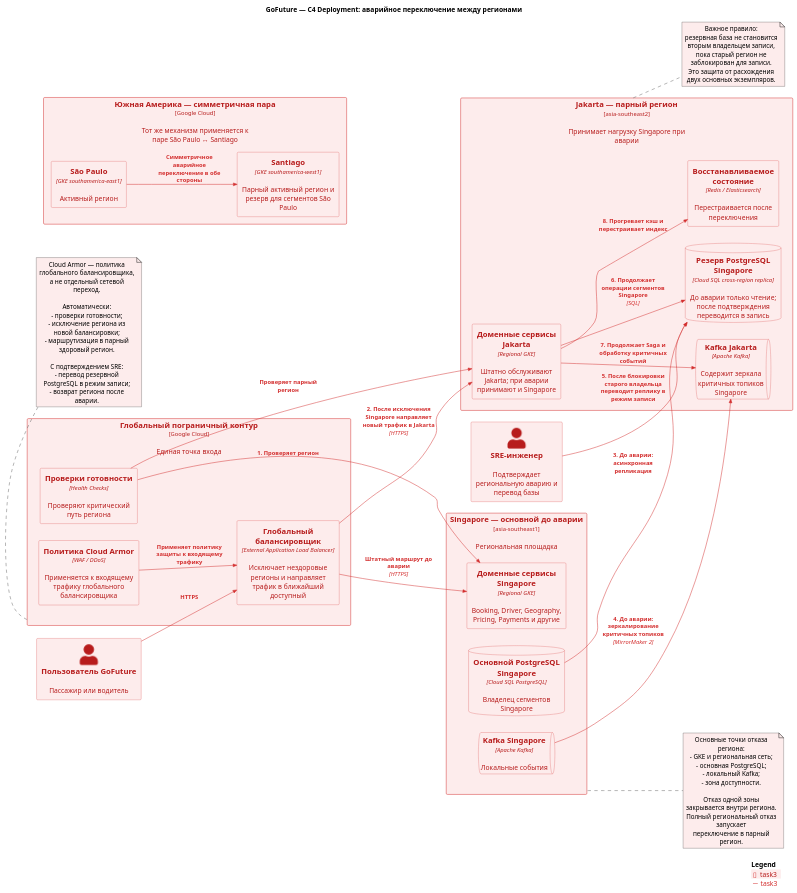
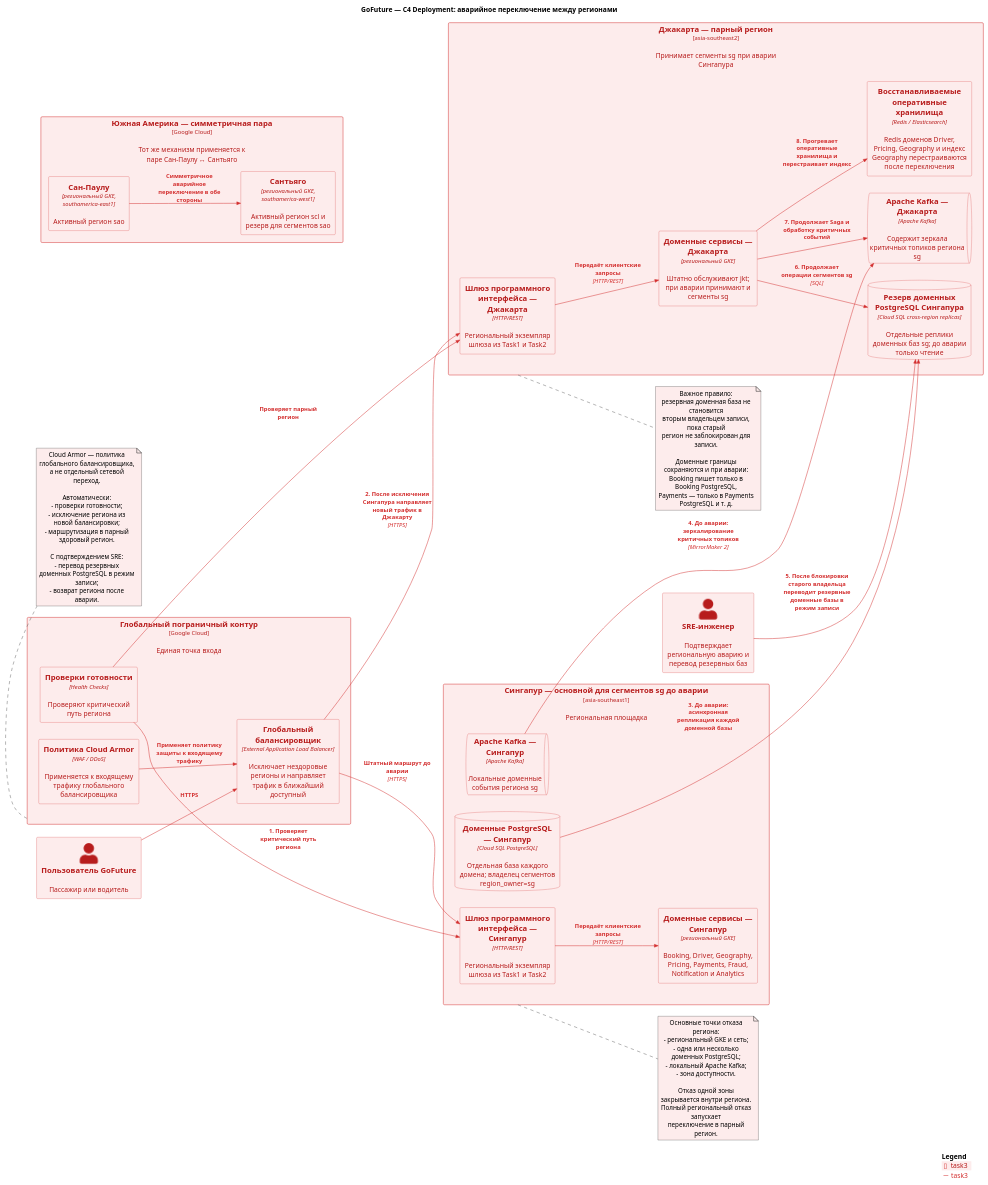
Before and after one commit to FFinn/MSA-GoFuture-v1: the diagram in Task3/failover.puml, drawn with PlantUML.

Commit message:
Task3: согласовать аварийное переключение с общей архитектурой

```diff
--- a/Task3/failover.puml
+++ b/Task3/failover.puml
@@ -1,88 +1,96 @@
 @startuml GoFuture_Failover_Task3
 !include https://raw.githubusercontent.com/plantuml-stdlib/C4-PlantUML/master/C4_Deployment.puml
 
 LAYOUT_LEFT_RIGHT()
 
 title GoFuture — C4 Deployment: аварийное переключение между регионами
 
 AddElementTag("task3", $bgColor="#FDECEC", $fontColor="#B71C1C", $borderColor="#D32F2F")
 AddRelTag("task3", $textColor="#D32F2F", $lineColor="#D32F2F")
 
 Person(user, "Пользователь GoFuture", "Пассажир или водитель", $tags="task3")
-Person(sre, "SRE-инженер", "Подтверждает региональную аварию и перевод базы", $tags="task3")
+Person(sre, "SRE-инженер", "Подтверждает региональную аварию и перевод резервных баз", $tags="task3")
 
 Deployment_Node(edge, "Глобальный пограничный контур", "Google Cloud", "Единая точка входа", $tags="task3") {
     Container(waf, "Политика Cloud Armor", "WAF / DDoS", "Применяется к входящему трафику глобального балансировщика", $tags="task3")
     Container(lb, "Глобальный балансировщик", "External Application Load Balancer", "Исключает нездоровые регионы и направляет трафик в ближайший доступный", $tags="task3")
     Container(health, "Проверки готовности", "Health Checks", "Проверяют критический путь региона", $tags="task3")
 }
 
-Deployment_Node(sg, "Singapore — основной до аварии", "asia-southeast1", "Региональная площадка", $tags="task3") {
-    Container(sg_api, "Доменные сервисы Singapore", "Regional GKE", "Booking, Driver, Geography, Pricing, Payments и другие", $tags="task3")
-    ContainerDb(sg_db, "Основной PostgreSQL Singapore", "Cloud SQL PostgreSQL", "Владелец сегментов Singapore", $tags="task3")
-    ContainerQueue(sg_kafka, "Kafka Singapore", "Apache Kafka", "Локальные события", $tags="task3")
+Deployment_Node(sg, "Сингапур — основной для сегментов sg до аварии", "asia-southeast1", "Региональная площадка", $tags="task3") {
+    Container(sg_gateway, "Шлюз программного интерфейса — Сингапур", "HTTP/REST", "Региональный экземпляр шлюза из Task1 и Task2", $tags="task3")
+    Container(sg_api, "Доменные сервисы — Сингапур", "региональный GKE", "Booking, Driver, Geography, Pricing, Payments, Fraud, Notification и Analytics", $tags="task3")
+    ContainerDb(sg_db, "Доменные PostgreSQL — Сингапур", "Cloud SQL PostgreSQL", "Отдельная база каждого домена; владелец сегментов region_owner=sg", $tags="task3")
+    ContainerQueue(sg_kafka, "Apache Kafka — Сингапур", "Apache Kafka", "Локальные доменные события региона sg", $tags="task3")
 }
 
-Deployment_Node(jk, "Jakarta — парный регион", "asia-southeast2", "Принимает нагрузку Singapore при аварии", $tags="task3") {
-    Container(jk_api, "Доменные сервисы Jakarta", "Regional GKE", "Штатно обслуживают Jakarta; при аварии принимают и Singapore", $tags="task3")
-    ContainerDb(sg_dr_db, "Резерв PostgreSQL Singapore", "Cloud SQL cross-region replica", "До аварии только чтение; после подтверждения переводится в запись", $tags="task3")
-    ContainerQueue(jk_kafka, "Kafka Jakarta", "Apache Kafka", "Содержит зеркала критичных топиков Singapore", $tags="task3")
-    Container(redis_rebuild, "Восстанавливаемое состояние", "Redis / Elasticsearch", "Перестраивается после переключения", $tags="task3")
+Deployment_Node(jkt, "Джакарта — парный регион", "asia-southeast2", "Принимает сегменты sg при аварии Сингапура", $tags="task3") {
+    Container(jkt_gateway, "Шлюз программного интерфейса — Джакарта", "HTTP/REST", "Региональный экземпляр шлюза из Task1 и Task2", $tags="task3")
+    Container(jkt_api, "Доменные сервисы — Джакарта", "региональный GKE", "Штатно обслуживают jkt; при аварии принимают и сегменты sg", $tags="task3")
+    ContainerDb(sg_dr_db, "Резерв доменных PostgreSQL Сингапура", "Cloud SQL cross-region replicas", "Отдельные реплики доменных баз sg; до аварии только чтение", $tags="task3")
+    ContainerQueue(jkt_kafka, "Apache Kafka — Джакарта", "Apache Kafka", "Содержит зеркала критичных топиков региона sg", $tags="task3")
+    Container(redis_rebuild, "Восстанавливаемые оперативные хранилища", "Redis / Elasticsearch", "Redis доменов Driver, Pricing, Geography и индекс Geography перестраиваются после переключения", $tags="task3")
 }
 
-Deployment_Node(sa_pair, "Южная Америка — симметричная пара", "Google Cloud", "Тот же механизм применяется к паре São Paulo ↔ Santiago", $tags="task3") {
-    Container(sp, "São Paulo", "GKE southamerica-east1", "Активный регион", $tags="task3")
-    Container(sc, "Santiago", "GKE southamerica-west1", "Парный активный регион и резерв для сегментов São Paulo", $tags="task3")
+Deployment_Node(sa_pair, "Южная Америка — симметричная пара", "Google Cloud", "Тот же механизм применяется к паре Сан-Паулу ↔ Сантьяго", $tags="task3") {
+    Container(sao, "Сан-Паулу", "региональный GKE, southamerica-east1", "Активный регион sao", $tags="task3")
+    Container(scl, "Сантьяго", "региональный GKE, southamerica-west1", "Активный регион scl и резерв для сегментов sao", $tags="task3")
 }
 
 Rel(user, lb, "HTTPS", $tags="task3")
 Rel(waf, lb, "Применяет политику защиты к входящему трафику", $tags="task3")
-Rel(health, sg_api, "1. Проверяет регион", $tags="task3")
-Rel(health, jk_api, "Проверяет парный регион", $tags="task3")
-Rel(lb, sg_api, "Штатный маршрут до аварии", "HTTPS", $tags="task3")
-Rel(lb, jk_api, "2. После исключения Singapore направляет новый трафик в Jakarta", "HTTPS", $tags="task3")
+Rel(health, sg_gateway, "1. Проверяет критический путь региона", $tags="task3")
+Rel(health, jkt_gateway, "Проверяет парный регион", $tags="task3")
+Rel(lb, sg_gateway, "Штатный маршрут до аварии", "HTTPS", $tags="task3")
+Rel(lb, jkt_gateway, "2. После исключения Сингапура направляет новый трафик в Джакарту", "HTTPS", $tags="task3")
+Rel(sg_gateway, sg_api, "Передаёт клиентские запросы", "HTTP/REST", $tags="task3")
+Rel(jkt_gateway, jkt_api, "Передаёт клиентские запросы", "HTTP/REST", $tags="task3")
 
-Rel(sg_db, sg_dr_db, "3. До аварии: асинхронная репликация", $tags="task3")
-Rel(sg_kafka, jk_kafka, "4. До аварии: зеркалирование критичных топиков", "MirrorMaker 2", $tags="task3")
-Rel(sre, sg_dr_db, "5. После блокировки старого владельца переводит реплику в режим записи", $tags="task3")
-Rel(jk_api, sg_dr_db, "6. Продолжает операции сегментов Singapore", "SQL", $tags="task3")
-Rel(jk_api, jk_kafka, "7. Продолжает Saga и обработку критичных событий", $tags="task3")
-Rel(jk_api, redis_rebuild, "8. Прогревает кэш и перестраивает индекс", $tags="task3")
+Rel(sg_db, sg_dr_db, "3. До аварии: асинхронная репликация каждой доменной базы", $tags="task3")
+Rel(sg_kafka, jkt_kafka, "4. До аварии: зеркалирование критичных топиков", "MirrorMaker 2", $tags="task3")
+Rel(sre, sg_dr_db, "5. После блокировки старого владельца переводит резервные доменные базы в режим записи", $tags="task3")
+Rel(jkt_api, sg_dr_db, "6. Продолжает операции сегментов sg", "SQL", $tags="task3")
+Rel(jkt_api, jkt_kafka, "7. Продолжает Saga и обработку критичных событий", $tags="task3")
+Rel(jkt_api, redis_rebuild, "8. Прогревает оперативные хранилища и перестраивает индекс", $tags="task3")
 
-Rel(sp, sc, "Симметричное аварийное переключение в обе стороны", $tags="task3")
+Rel(sao, scl, "Симметричное аварийное переключение в обе стороны", $tags="task3")
 
 note right of sg #FDECEC
   Основные точки отказа региона:
-  - GKE и региональная сеть;
-  - основная PostgreSQL;
-  - локальный Kafka;
+  - региональный GKE и сеть;
+  - одна или несколько доменных PostgreSQL;
+  - локальный Apache Kafka;
   - зона доступности.
 
   Отказ одной зоны закрывается внутри региона.
   Полный региональный отказ запускает
   переключение в парный регион.
 end note
 
-note right of jk #FDECEC
+note right of jkt #FDECEC
   Важное правило:
-  резервная база не становится вторым владельцем записи,
-  пока старый регион не заблокирован для записи.
-  Это защита от расхождения двух основных экземпляров.
+  резервная доменная база не становится
+  вторым владельцем записи, пока старый
+  регион не заблокирован для записи.
+
+  Доменные границы сохраняются и при аварии:
+  Booking пишет только в Booking PostgreSQL,
+  Payments — только в Payments PostgreSQL и т. д.
 end note
 
 note bottom of edge #FDECEC
   Cloud Armor — политика глобального балансировщика,
   а не отдельный сетевой переход.
 
   Автоматически:
   - проверки готовности;
   - исключение региона из новой балансировки;
   - маршрутизация в парный здоровый регион.
 
   С подтверждением SRE:
-  - перевод резервной PostgreSQL в режим записи;
+  - перевод резервных доменных PostgreSQL в режим записи;
   - возврат региона после аварии.
 end note
 
 SHOW_LEGEND()
 @enduml
```
